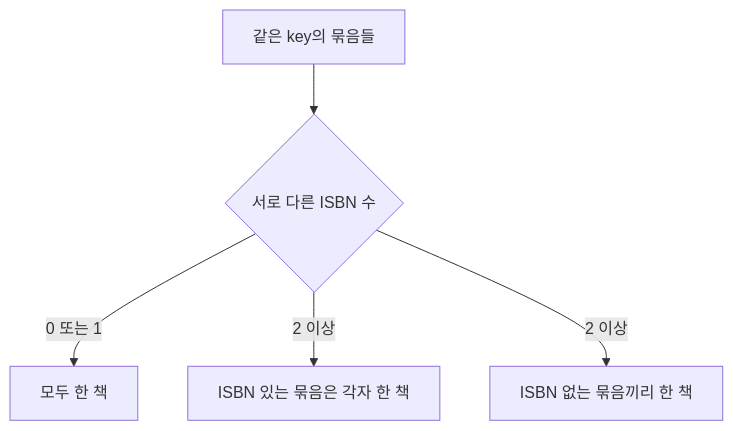
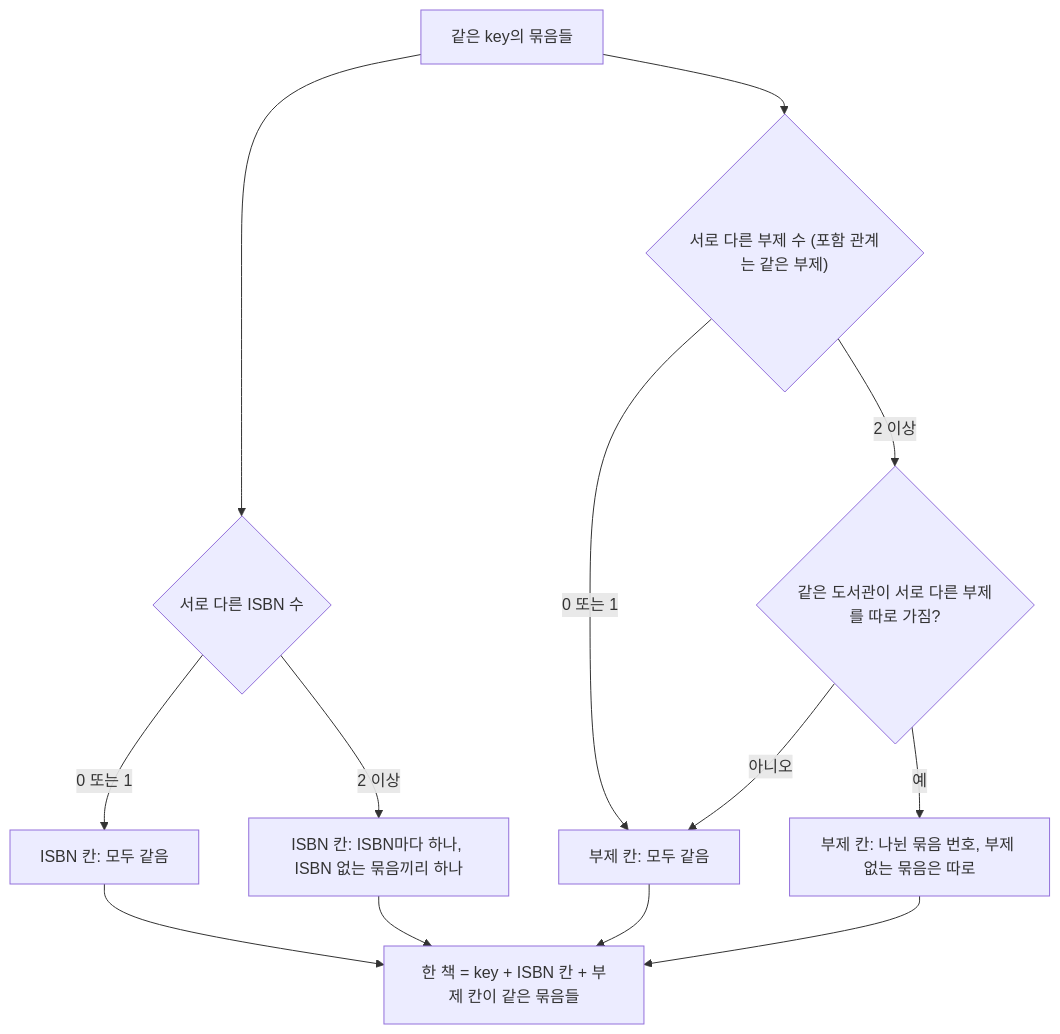
One commit to hodu-sketch/chaekcheck-plan changed diagram 36 of 39 in docs/current/flows.md. Above: the diagram before and after it, drawn with Mermaid. The commit also changed other lines of this file and 8 other files, not shown here.

````diff
--- a/docs/current/flows.md
+++ b/docs/current/flows.md
@@ -1114,7 +1123,15 @@
 ```mermaid
 flowchart TD
   A["같은 key의 묶음들"] --> B{"서로 다른 ISBN 수"}
-  B -->|"0 또는 1"| C["모두 한 책"]
-  B -->|"2 이상"| D["ISBN 있는 묶음은 각자 한 책"]
-  B -->|"2 이상"| E["ISBN 없는 묶음끼리 한 책"]
+  B -->|"0 또는 1"| I1["ISBN 칸: 모두 같음"]
+  B -->|"2 이상"| I2["ISBN 칸: ISBN마다 하나, ISBN 없는 묶음끼리 하나"]
+  A --> S{"서로 다른 부제 수 (포함 관계는 같은 부제)"}
+  S -->|"0 또는 1"| P1["부제 칸: 모두 같음"]
+  S -->|"2 이상"| L{"같은 도서관이 서로 다른 부제를 따로 가짐?"}
+  L -->|"아니오"| P1
+  L -->|"예"| P2["부제 칸: 나뉜 묶음 번호, 부제 없는 묶음은 따로"]
+  I1 --> M["한 책 = key + ISBN 칸 + 부제 칸이 같은 묶음들"]
+  I2 --> M
+  P1 --> M
+  P2 --> M
 ```
````
